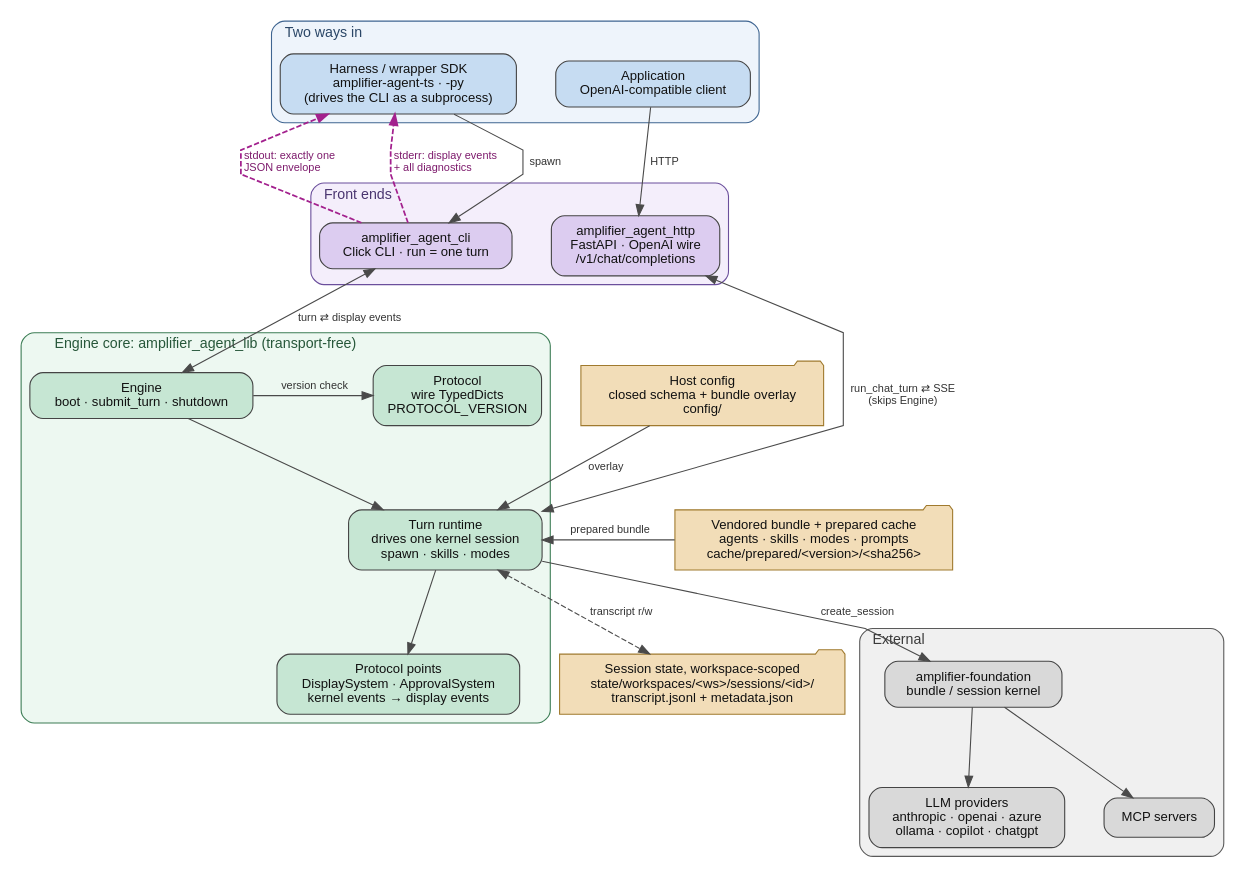
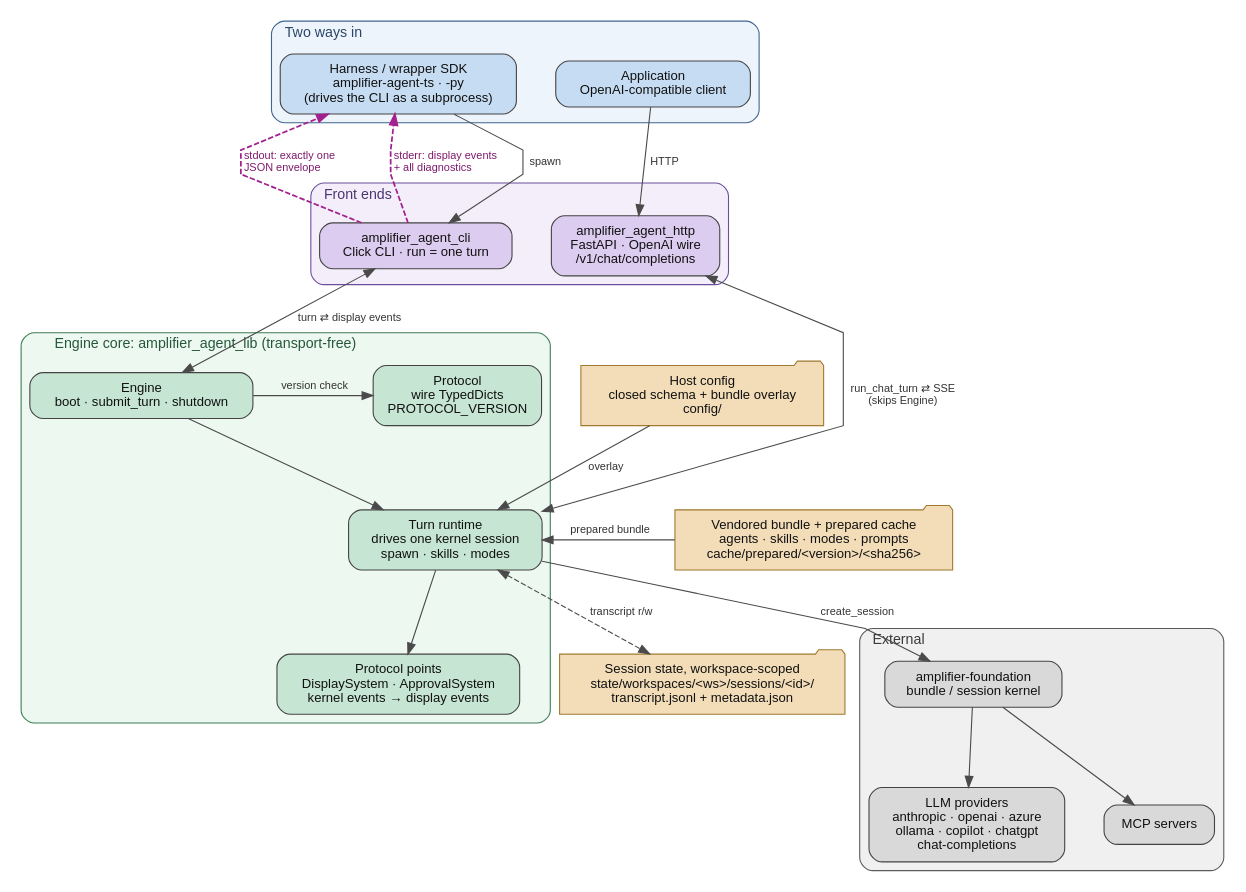
One commit to microsoft/amplifier-agent changed the diagram in docs/architecture/architecture.dot. Above: the diagram before and after it, drawn with Graphviz. The commit also changed 10 other files, not shown here.

First line of the commit message:
docs(providers): document chat-completions and declare it in the bundle stub

```diff
--- a/docs/architecture/architecture.dot
+++ b/docs/architecture/architecture.dot
@@ -1,128 +1,128 @@
 // amplifier-agent architecture.
 //
 // Source of truth for docs/architecture/architecture.png.
 // Regenerate with:  dot -Tpng architecture.dot -o architecture.png
 //
 // Scope: the shape of the system, not its inventory. Module groups are
 // collapsed into one node where the group behaves as one thing, and only the
 // edges that explain the system are drawn. See docs/ARCHITECTURE.md for the
 // narrative, docs/SPEC.md for the full contract surface, and
 // architecture/data-flows.md for step-by-step traces.
 
 digraph amplifier_agent {
   rankdir=TB;
   compound=true;
   newrank=true;
   splines=polyline;
   nodesep=0.5;
   ranksep=0.9;
 
   graph [fontname="Helvetica", fontsize=13, labelloc="t", labeljust="l"];
   node  [fontname="Helvetica", fontsize=12, shape=box, style="rounded,filled",
          color="#444444", fontcolor="#111111", margin="0.18,0.11"];
   edge  [fontname="Helvetica", fontsize=10, color="#4a4a4a", fontcolor="#333333"];
 
   // ------------------------------------------------------------- consumers
   subgraph cluster_consumers {
     label="Two ways in";
     style="rounded,filled";
     fillcolor="#eef4fb";
     color="#3f6591";
     fontcolor="#2b4767";
 
     node [fillcolor="#c6dcf2"];
     harness [label="Harness / wrapper SDK\namplifier-agent-ts · -py\n(drives the CLI as a subprocess)"];
     app     [label="Application\nOpenAI-compatible client"];
   }
 
   // ------------------------------------------------------------ front ends
   subgraph cluster_frontends {
     label="Front ends";
     style="rounded,filled";
     fillcolor="#f4eefb";
     color="#6b4f9c";
     fontcolor="#4a3570";
 
     node [fillcolor="#dcccf0"];
     cli  [label="amplifier_agent_cli\nClick CLI · run = one turn"];
     http [label="amplifier_agent_http\nFastAPI · OpenAI wire\n/v1/chat/completions"];
   }
 
   // ------------------------------------------------------------ engine core
   subgraph cluster_core {
     label="Engine core: amplifier_agent_lib (transport-free)";
     style="rounded,filled";
     fillcolor="#edf8f1";
     color="#3c7d55";
     fontcolor="#27573a";
 
     node [fillcolor="#c6e6d3"];
     engine   [label="Engine\nboot · submit_turn · shutdown"];
     protocol [label="Protocol\nwire TypedDicts\nPROTOCOL_VERSION"];
     runtime  [label="Turn runtime\ndrives one kernel session\nspawn · skills · modes"];
     points   [label="Protocol points\nDisplaySystem · ApprovalSystem\nkernel events → display events"];
   }
 
   // ------------------------------------------------------- inputs / on-disk
   // Deliberately not a cluster: an extra box here only stretches the layout.
   // Shared fill + folder shape carries the grouping. Home is
   // ~/.amplifier-agent ($AMPLIFIER_AGENT_HOME).
   {
     node [fillcolor="#f2ddb8", shape=folder, style="filled", color="#a07a2e"];
     bundle [label="Vendored bundle + prepared cache\nagents · skills · modes · prompts\ncache/prepared/<version>/<sha256>"];
     config [label="Host config\nclosed schema + bundle overlay\nconfig/"];
     state  [label="Session state, workspace-scoped\nstate/workspaces/<ws>/sessions/<id>/\ntranscript.jsonl + metadata.json"];
   }
 
   // -------------------------------------------------------------- external
   subgraph cluster_external {
     label="External";
     style="rounded,filled";
     fillcolor="#f0f0f0";
     color="#5a5a5a";
     fontcolor="#3a3a3a";
 
     node [fillcolor="#d9d9d9"];
     kernel    [label="amplifier-foundation\nbundle / session kernel"];
-    providers [label="LLM providers\nanthropic · openai · azure\nollama · copilot · chatgpt"];
+    providers [label="LLM providers\nanthropic · openai · azure\nollama · copilot · chatgpt\nchat-completions"];
     mcp       [label="MCP servers"];
   }
 
   // ==================================================================== edges
 
   // in
   harness -> cli  [label="  spawn"];
   app     -> http [label="  HTTP"];
 
   // the CLI stream contract: one envelope out, everything else on stderr
   cli -> harness [color="#a3218e", fontcolor="#7d1a6c", style=dashed, penwidth=1.6,
                   label="  stdout: exactly one\l  JSON envelope\l"];
   cli -> harness [color="#a3218e", fontcolor="#7d1a6c", style=dashed, penwidth=1.6,
                   label="  stderr: display events\l  + all diagnostics\l"];
 
   // both front ends reach the same core; output returns the same way
   cli  -> engine  [dir=both, label="  turn ⇄ display events"];
   http -> runtime [dir=both, label="  run_chat_turn ⇄ SSE\n  (skips Engine)"];
 
   // core internals
   engine  -> protocol [label="  version check"];
   engine  -> runtime;
   runtime -> points;
   runtime -> kernel   [label="  create_session"];
 
   // inputs feed the core; session state comes back out
   bundle  -> runtime [label="  prepared bundle"];
   config  -> runtime [label="  overlay"];
   runtime -> state   [dir=both, style=dashed, label="  transcript r/w"];
 
   // external fan-out
   kernel -> providers;
   kernel -> mcp;
 
   // layering
   { rank=same; harness; app; }
   { rank=same; cli; http; }
   { rank=same; engine; protocol; config; }
   { rank=same; runtime; bundle; }
   { rank=same; points; state; kernel; }
 }
```
